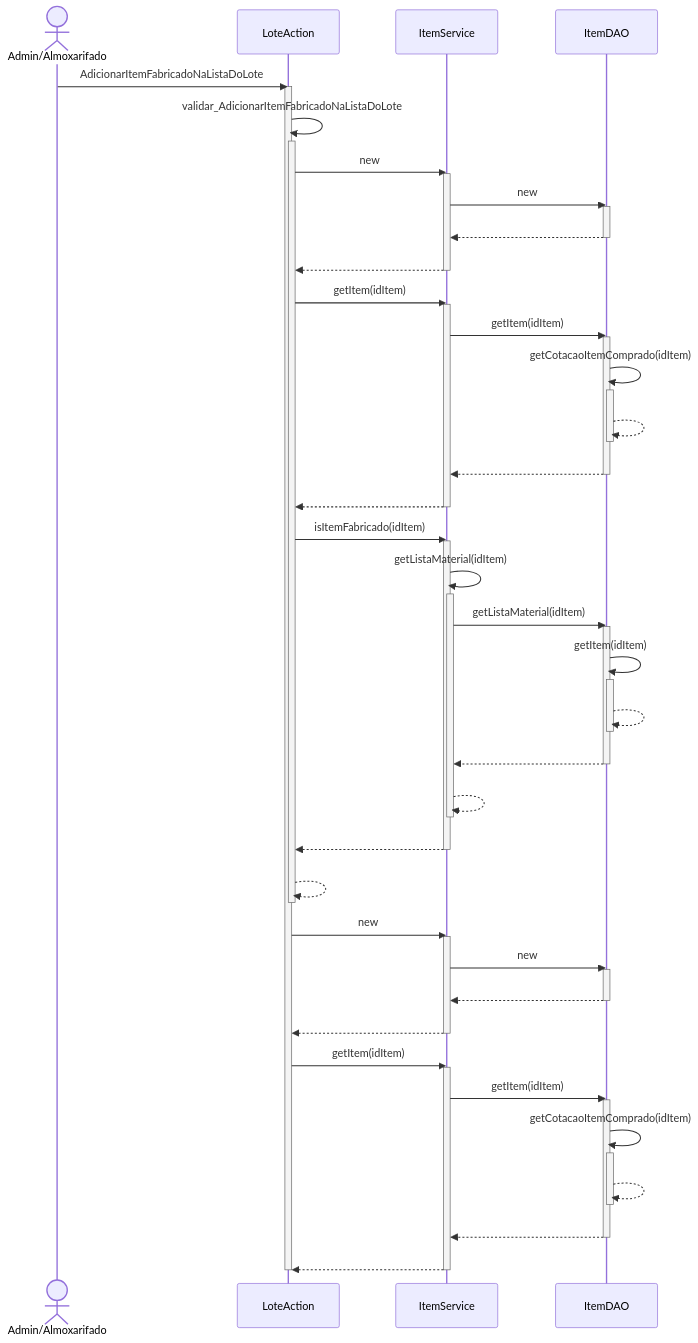
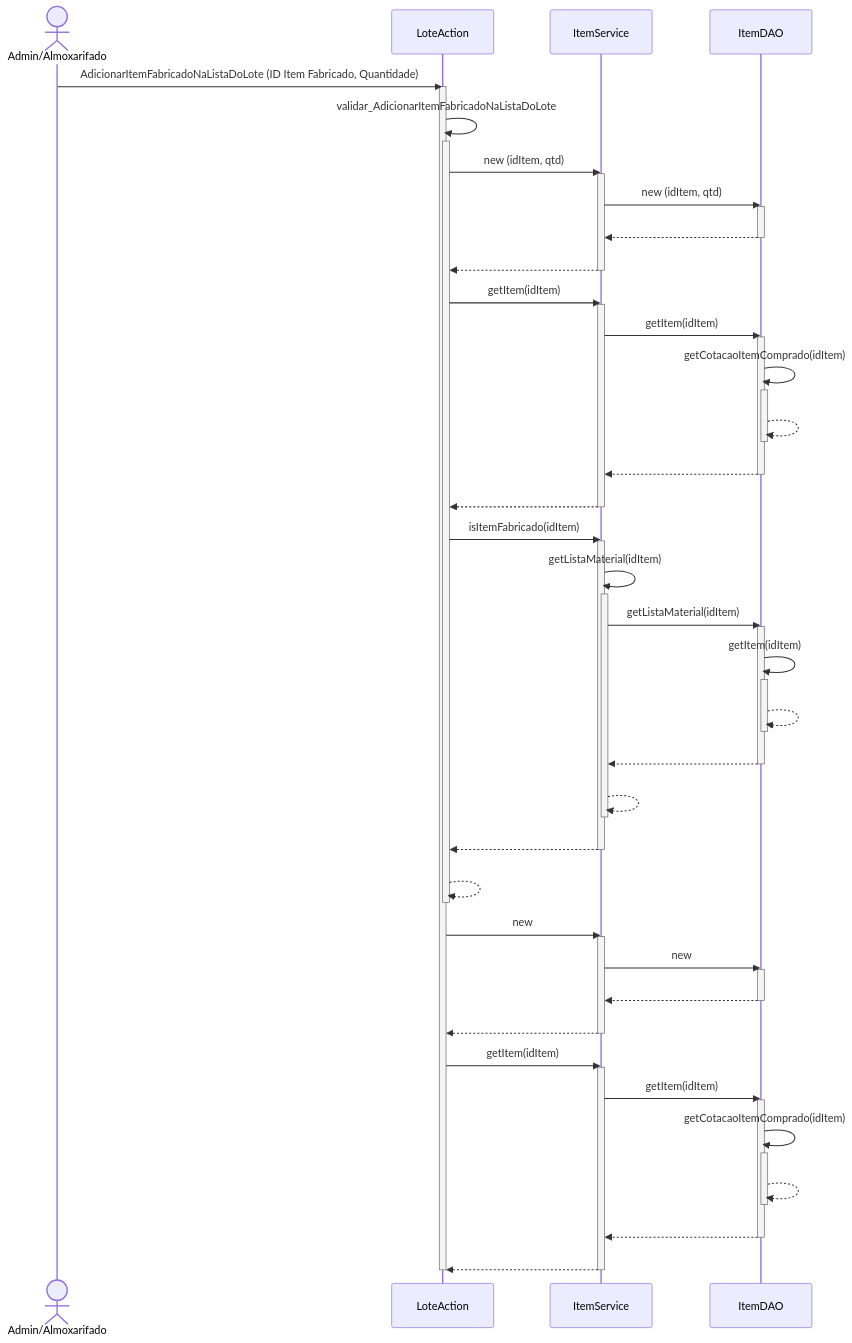
One commit to branqsMRP/SequenceDiagram changed the diagram in DiagramaSequencia/Novo Diagrama Sequencia/Movimentacao/Adicionar Item Fabricado Na Lista Do Lote.mmd. Above: the diagram before and after it, drawn with Mermaid. The commit also changed 16 other files, not shown here.

```diff
--- a/DiagramaSequencia/Novo Diagrama Sequencia/Movimentacao/Adicionar Item Fabricado Na Lista Do Lote.mmd
+++ b/DiagramaSequencia/Novo Diagrama Sequencia/Movimentacao/Adicionar Item Fabricado Na Lista Do Lote.mmd
@@ -1,65 +1,65 @@
 sequenceDiagram
 actor AA as Admin/Almoxarifado
-AA ->> LoteAction : AdicionarItemFabricadoNaListaDoLote
+AA ->> LoteAction : AdicionarItemFabricadoNaListaDoLote (ID Item Fabricado, Quantidade)   
 activate LoteAction
-LoteAction ->> LoteAction : validar_AdicionarItemFabricadoNaListaDoLote
+LoteAction ->> LoteAction : validar_AdicionarItemFabricadoNaListaDoLote 
 activate LoteAction
-LoteAction ->> ItemService : new
+LoteAction ->> ItemService : new (idItem, qtd)
 activate ItemService
-ItemService ->> ItemDAO : new
+ItemService ->> ItemDAO : new (idItem, qtd)
 activate ItemDAO
 ItemDAO -->> ItemService : #32; 
 deactivate ItemDAO
 ItemService -->> LoteAction : #32; 
 deactivate ItemService
 LoteAction ->> ItemService : getItem(idItem)
 activate ItemService
 ItemService ->> ItemDAO : getItem(idItem)
 activate ItemDAO
 ItemDAO ->> ItemDAO : getCotacaoItemComprado(idItem)
 activate ItemDAO
 ItemDAO -->> ItemDAO : #32; 
 deactivate ItemDAO
 ItemDAO -->> ItemService : #32; 
 deactivate ItemDAO
 ItemService -->> LoteAction : #32; 
 deactivate ItemService
 LoteAction ->> ItemService : isItemFabricado(idItem)
 activate ItemService
 ItemService ->> ItemService : getListaMaterial(idItem)
 activate ItemService
 ItemService ->> ItemDAO : getListaMaterial(idItem)
 activate ItemDAO
 ItemDAO ->> ItemDAO : getItem(idItem)
 activate ItemDAO
 ItemDAO -->> ItemDAO : #32; 
 deactivate ItemDAO
 ItemDAO -->> ItemService : #32; 
 deactivate ItemDAO
 ItemService -->> ItemService : #32; 
 deactivate ItemService
 ItemService -->> LoteAction : #32; 
 deactivate ItemService
 LoteAction -->> LoteAction : #32; 
 deactivate LoteAction
 LoteAction ->> ItemService : new
 activate ItemService
 ItemService ->> ItemDAO : new
 activate ItemDAO
 ItemDAO -->> ItemService : #32; 
 deactivate ItemDAO
 ItemService -->> LoteAction : #32; 
 deactivate ItemService
 LoteAction ->> ItemService : getItem(idItem)
 activate ItemService
 ItemService ->> ItemDAO : getItem(idItem)
 activate ItemDAO
 ItemDAO ->> ItemDAO : getCotacaoItemComprado(idItem)
 activate ItemDAO
 ItemDAO -->> ItemDAO : #32; 
 deactivate ItemDAO
 ItemDAO -->> ItemService : #32; 
 deactivate ItemDAO
 ItemService -->> LoteAction : #32; 
 deactivate ItemService
 deactivate LoteAction
```
